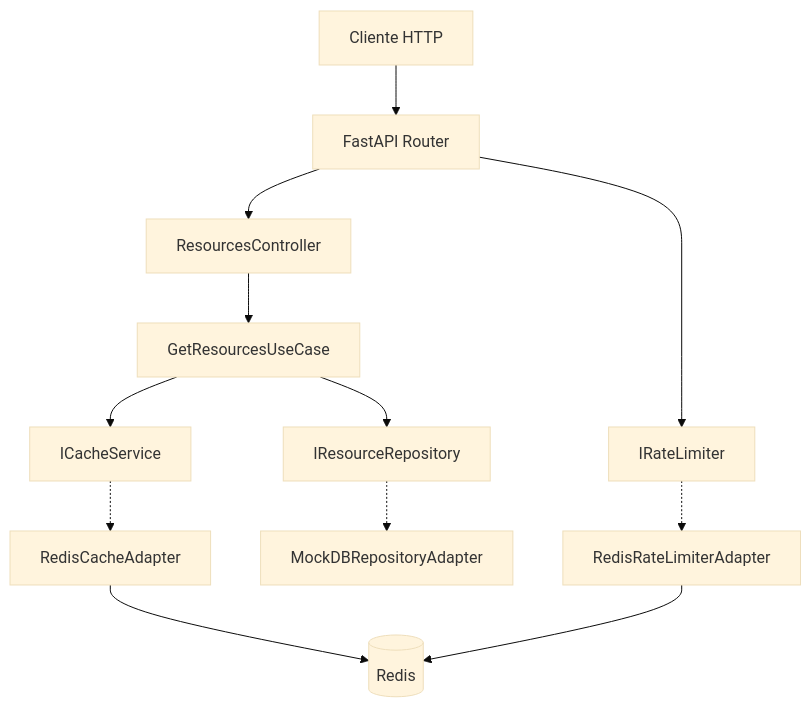
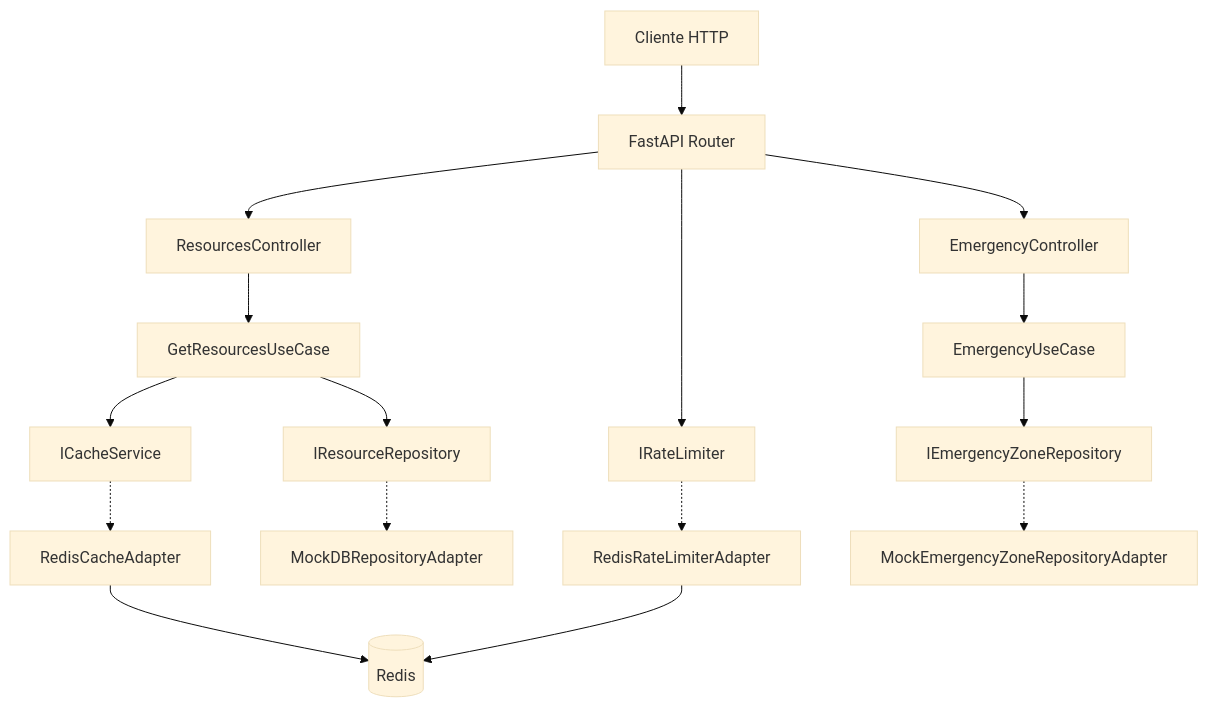
One commit to jagelvisR/APIvenezuelaearthquake changed the first of 4 diagrams in ARCHITECTURE.md. Above: the diagram before and after it, drawn with Mermaid (base theme). The commit also changed other lines of this file and 2 other files, not shown here.

Commit message:
Update architecture documentation to include emergency module and endpoints

````diff
--- a/ARCHITECTURE.md
+++ b/ARCHITECTURE.md
@@ -9,16 +9,20 @@
 ```mermaid
 graph TD
     Client[Cliente HTTP] --> FastAPI[FastAPI Router]
-    FastAPI --> Controller[ResourcesController]
-    Controller --> UseCase[GetResourcesUseCase]
+    FastAPI --> ResourceController[ResourcesController]
+    FastAPI --> EmergencyController[EmergencyController]
+    ResourceController --> UseCase[GetResourcesUseCase]
+    EmergencyController --> EmergencyUseCase[EmergencyUseCase]
     UseCase --> CachePort[ICacheService]
     UseCase --> RepoPort[IResourceRepository]
     FastAPI --> RatePort[IRateLimiter]
+    EmergencyUseCase --> EmergencyRepoPort[IEmergencyZoneRepository]
 
     CachePort -.-> RedisCache[RedisCacheAdapter]
     RepoPort -.-> MockRepo[MockDBRepositoryAdapter]
     RatePort -.-> RedisRate[RedisRateLimiterAdapter]
+    EmergencyRepoPort -.-> EmergencyMockRepo[MockEmergencyZoneRepositoryAdapter]
 
     RedisCache --> Redis[(Redis)]
     RedisRate --> Redis
 ```
````
